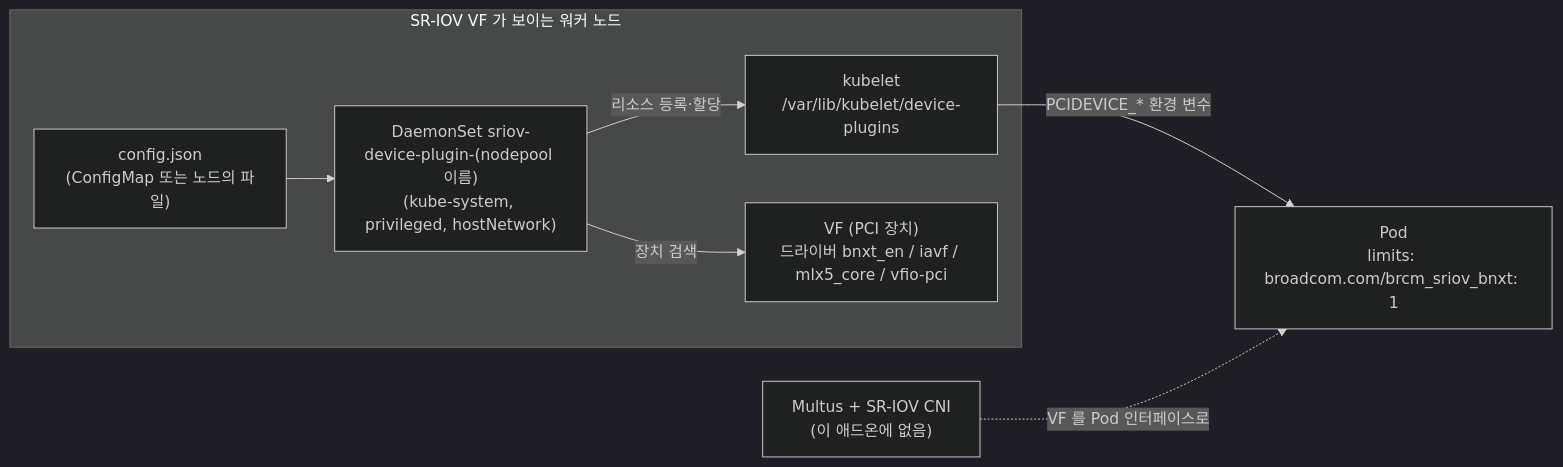
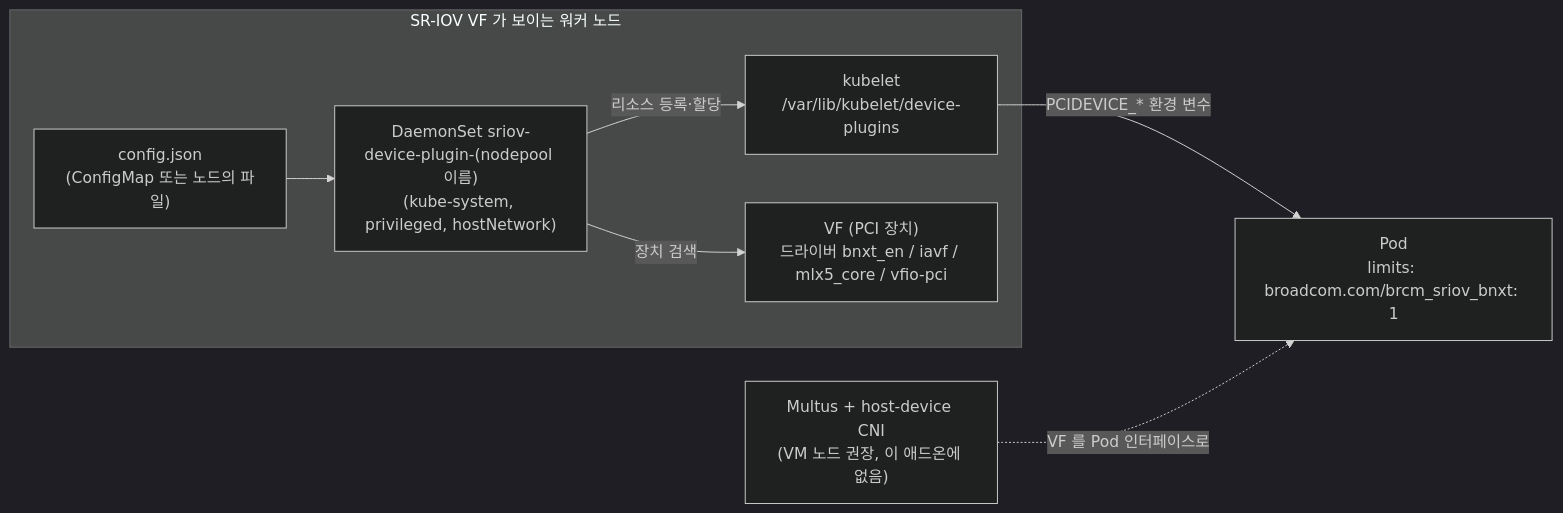
Before and after one commit to kjin17/k8s_study: the diagram in vks-addons/17-sriov-network-device-plugin.md, drawn with Mermaid (dark theme). The commit also changed other lines of this file and 1 other file, not shown here.

````diff
--- a/vks-addons/17-sriov-network-device-plugin.md
+++ b/vks-addons/17-sriov-network-device-plugin.md
@@ -17,16 +17,16 @@
 ```mermaid
 flowchart LR
   subgraph node["SR-IOV VF 가 보이는 워커 노드"]
     DP["DaemonSet sriov-device-plugin-(nodepool 이름)\n(kube-system, privileged, hostNetwork)"]
     CFG["config.json\n(ConfigMap 또는 노드의 파일)"]
     KUBELET["kubelet\n/var/lib/kubelet/device-plugins"]
     VF["VF (PCI 장치)\n드라이버 bnxt_en / iavf / mlx5_core / vfio-pci"]
   end
   POD["Pod\nlimits: broadcom.com/brcm_sriov_bnxt: 1"]
-  CNI["Multus + SR-IOV CNI\n(이 애드온에 없음)"]
+  CNI["Multus + host-device CNI\n(VM 노드 권장, 이 애드온에 없음)"]
   CFG --> DP
   DP -->|"장치 검색"| VF
   DP -->|"리소스 등록·할당"| KUBELET
   KUBELET -->|"PCIDEVICE_* 환경 변수"| POD
   CNI -.->|"VF 를 Pod 인터페이스로"| POD
 ```
````
